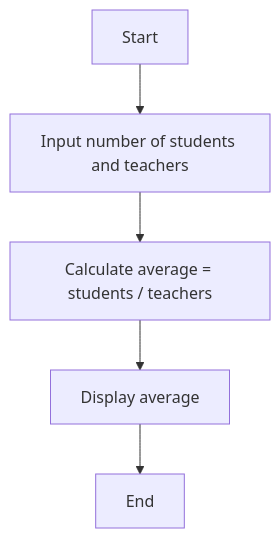
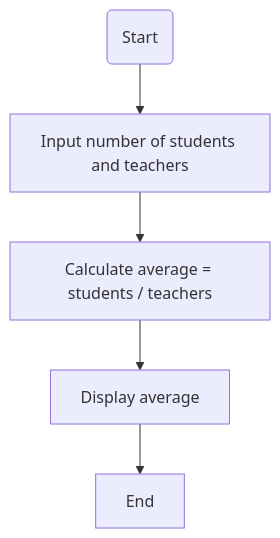
The diagram in EX1.md (zmef/cplusplus), drawn with Mermaid before and after one commit.

````diff
--- a/EX1.md
+++ b/EX1.md
@@ -1,7 +1,7 @@
 ```mermaid
 flowchart TD;
-    A[Start] --> B[Input number of students and teachers];
+    A(Start) --> B[Input number of students and teachers];
     B --> C[Calculate average = students / teachers];
     C --> D[Display average];
     D --> E[End];
 ```
````
